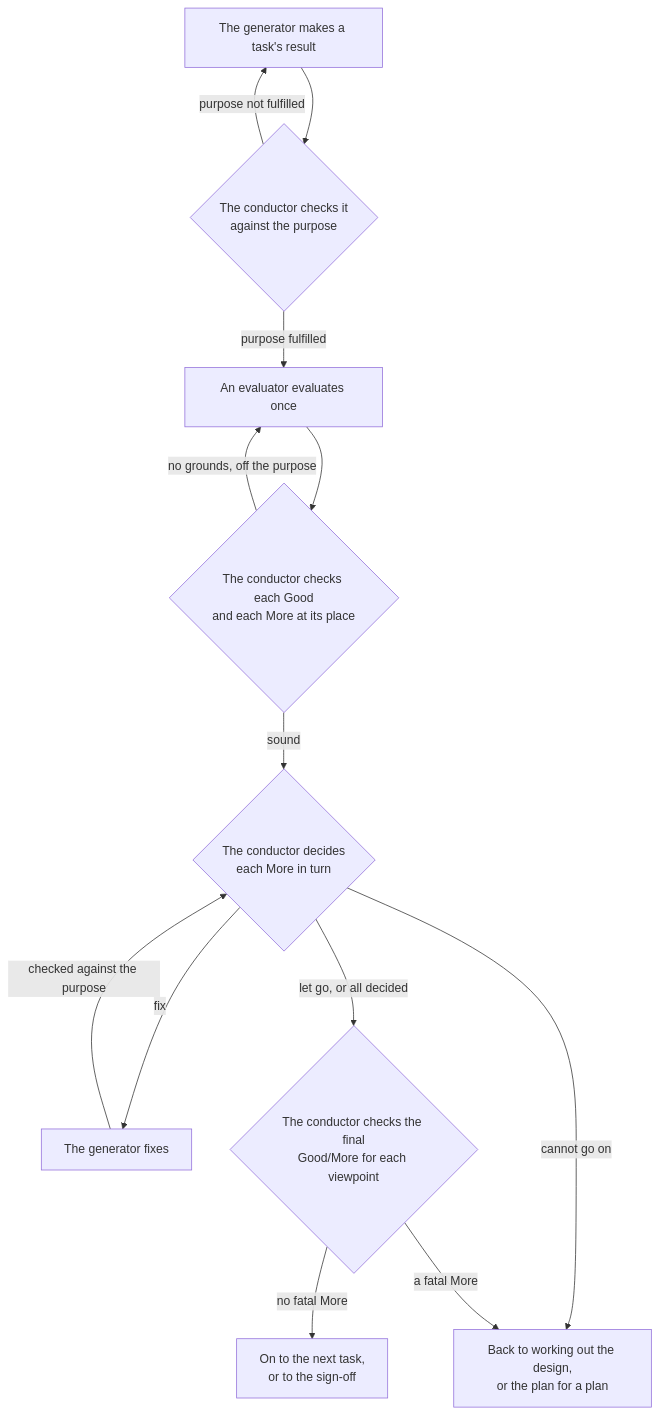
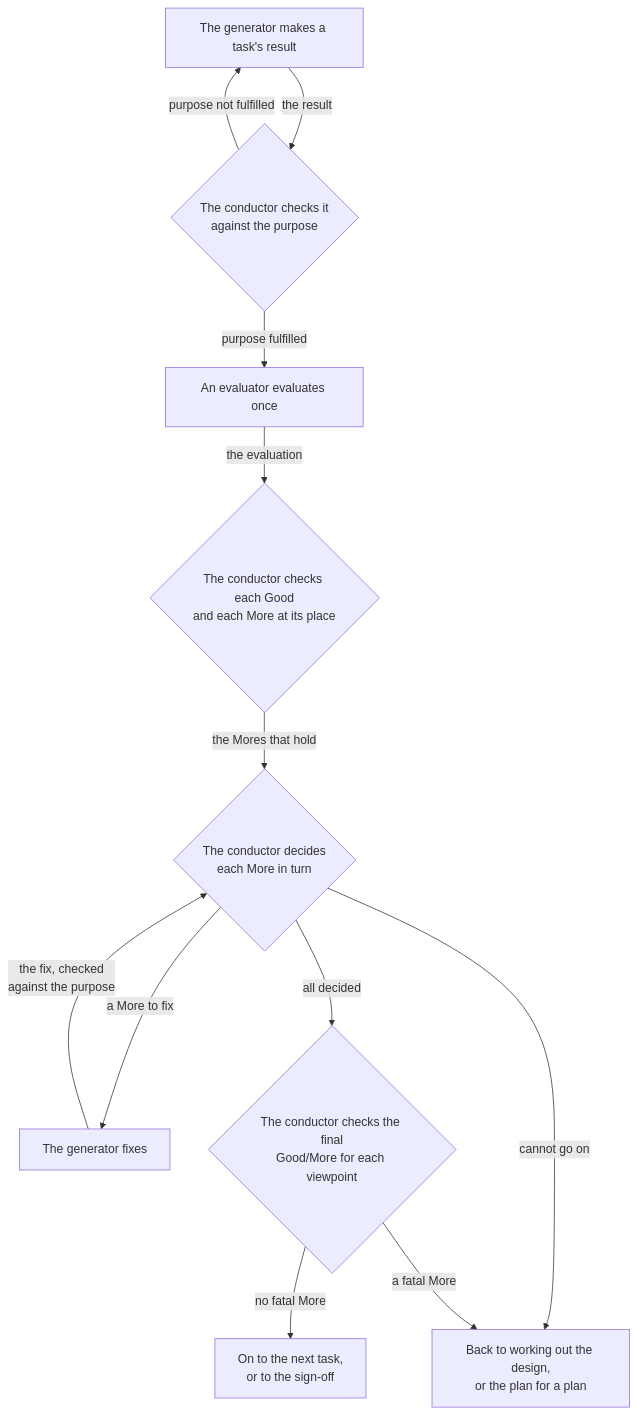
The third of 4 diagrams in rn/docs/design.md (lovaizu/ccpm), drawn with Mermaid before and after one commit. The commit also changed other lines of this file, not shown here.

````diff
--- a/rn/docs/design.md
+++ b/rn/docs/design.md
@@ -155,24 +158,23 @@
 ```mermaid
 flowchart TD
     M["The generator makes a task's result"]
     K{"The conductor checks it<br/>against the purpose"}
     V["An evaluator evaluates once"]
     KE{"The conductor checks each Good<br/>and each More at its place"}
     D{"The conductor decides<br/>each More in turn"}
     F["The generator fixes"]
     J{"The conductor checks the final<br/>Good/More for each viewpoint"}
     N["On to the next task,<br/>or to the sign-off"]
     U["Back to working out the design,<br/>or the plan for a plan"]
-    M --> K
+    M -->|"the result"| K
     K -->|"purpose not fulfilled"| M
     K -->|"purpose fulfilled"| V
-    V --> KE
-    KE -->|"no grounds, off the purpose"| V
-    KE -->|"sound"| D
-    D -->|"fix"| F
-    F -->|"checked against the purpose"| D
-    D -->|"let go, or all decided"| J
+    V -->|"the evaluation"| KE
+    KE -->|"the Mores that hold"| D
+    D -->|"a More to fix"| F
+    F -->|"the fix, checked<br/>against the purpose"| D
+    D -->|"all decided"| J
     D -->|"cannot go on"| U
     J -->|"no fatal More"| N
     J -->|"a fatal More"| U
 ```
````
